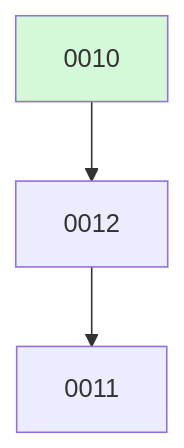
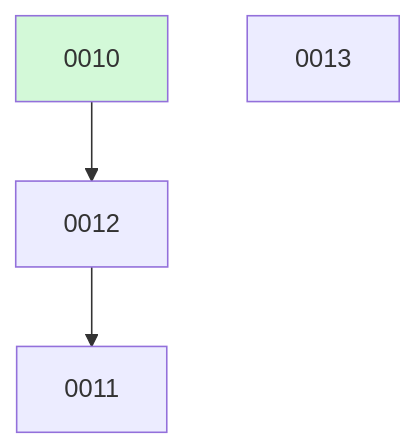
One commit to ethanhinson/fuse changed the diagram in docs/changes/BOARD.md. Above: the diagram before and after it, drawn with Mermaid. The commit also changed other lines of this file, not shown here.

````diff
--- a/docs/changes/BOARD.md
+++ b/docs/changes/BOARD.md
@@ -12,7 +13,8 @@
 ```mermaid
 graph TD
   0012 --> 0011
   0010 --> 0012
+  0013
   0010:::done
   classDef done fill:#d3f9d8;
 ```
````
